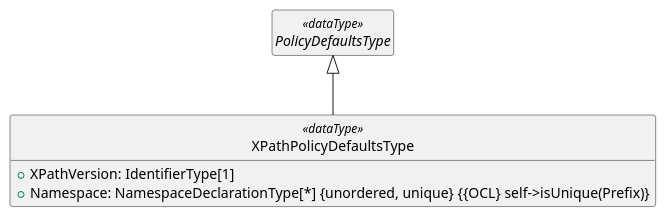
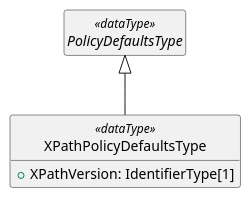
Before and after one commit to oasis-tcs/xacml-spec: the second of 5 diagrams in acal-xpath-v1.0.md, drawn with PlantUML. The commit also changed other lines of this file and 21 other files, not shown here.

````diff
--- a/acal-xpath-v1.0.md
+++ b/acal-xpath-v1.0.md
@@ -456,11 +461,10 @@
 ```plantuml
 @startuml
 hide empty members 
 hide circle
 abstract class PolicyDefaultsType <<dataType>>
 class XPathPolicyDefaultsType <<dataType>> extends PolicyDefaultsType {
   {field} +XPathVersion: IdentifierType[1]
-  {field} +Namespace: NamespaceDeclarationType[*] {unordered, unique} {{OCL} self->isUnique(Prefix)}
 }
 @enduml
 ```
````
